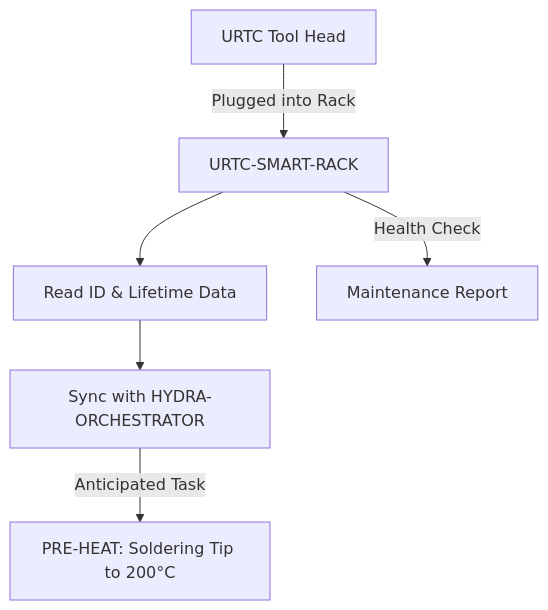
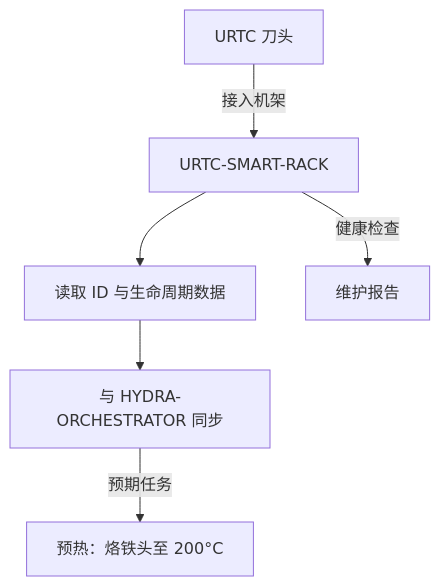
One commit to JuanenRac/URTC-SMART-RACK changed the diagram in README_zho.md. Above: the diagram before and after it, drawn with Mermaid. The commit also changed other lines of this file and 7 other files, not shown here.

````diff
--- a/README_zho.md
+++ b/README_zho.md
@@ -46,8 +46,8 @@
 ```mermaid
 flowchart TB
-    TOOL["URTC Tool Head"] -- Plugged into Rack --> RACK["URTC-SMART-RACK"]
-    RACK --> IDENT["Read ID & Lifetime Data"]
-    IDENT --> SYNC["Sync with HYDRA-ORCHESTRATOR"]
-    SYNC -- Anticipated Task --> HEAT["PRE-HEAT: Soldering Tip to 200°C"]
-    RACK -- Health Check --> LOG["Maintenance Report"]
+    TOOL["URTC 刀头"] -- 接入机架 --> RACK["URTC-SMART-RACK"]
+    RACK --> IDENT["读取 ID 与生命周期数据"]
+    IDENT --> SYNC["与 HYDRA-ORCHESTRATOR 同步"]
+    SYNC -- 预期任务 --> HEAT["预热：烙铁头至 200°C"]
+    RACK -- 健康检查 --> LOG["维护报告"]
 ```
````
